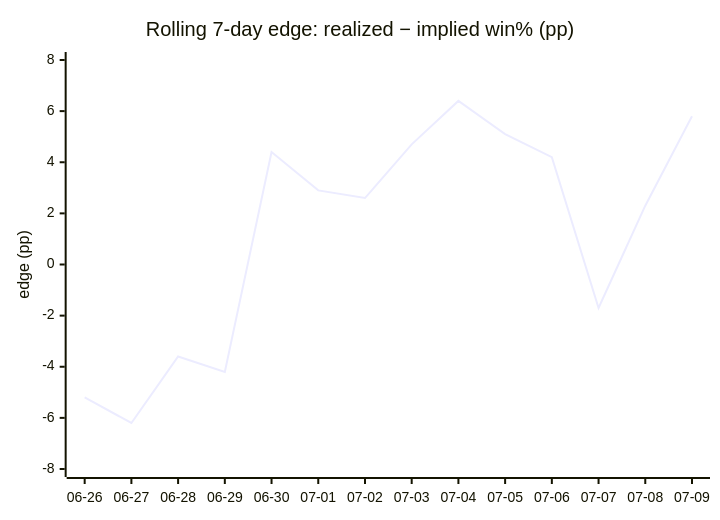
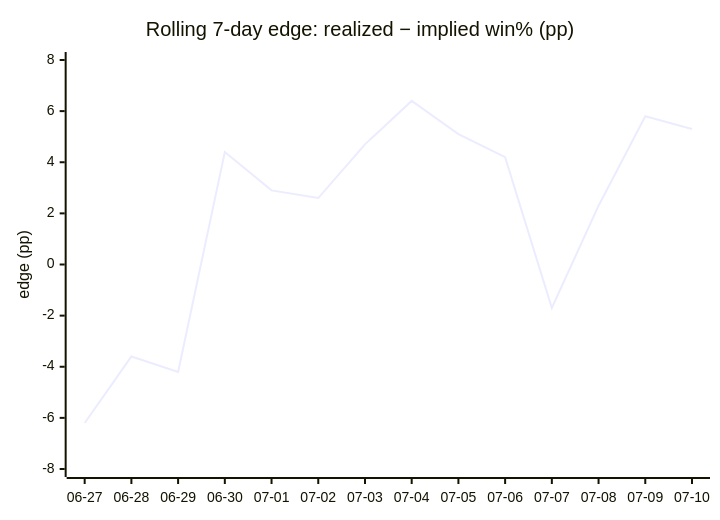
One commit to dpk1212/nhl-savant changed the fifth of 5 diagrams in DAILY_AGSU_REPORT.md. Above: the diagram before and after it, drawn with Mermaid. The commit also changed other lines of this file, not shown here.

````diff
--- a/DAILY_AGSU_REPORT.md
+++ b/DAILY_AGSU_REPORT.md
@@ -553,7 +550,7 @@
 ```mermaid
 xychart-beta
     title "Rolling 7-day edge: realized − implied win% (pp)"
-    x-axis ["06-26", "06-27", "06-28", "06-29", "06-30", "07-01", "07-02", "07-03", "07-04", "07-05", "07-06", "07-07", "07-08", "07-09"]
+    x-axis ["06-27", "06-28", "06-29", "06-30", "07-01", "07-02", "07-03", "07-04", "07-05", "07-06", "07-07", "07-08", "07-09", "07-10"]
     y-axis "edge (pp)" -8 --> 8
-    line [-5.2, -6.2, -3.6, -4.2, 4.4, 2.9, 2.6, 4.7, 6.4, 5.1, 4.2, -1.7, 2.3, 5.8]
+    line [-6.2, -3.6, -4.2, 4.4, 2.9, 2.6, 4.7, 6.4, 5.1, 4.2, -1.7, 2.3, 5.8, 5.3]
 ```
````
